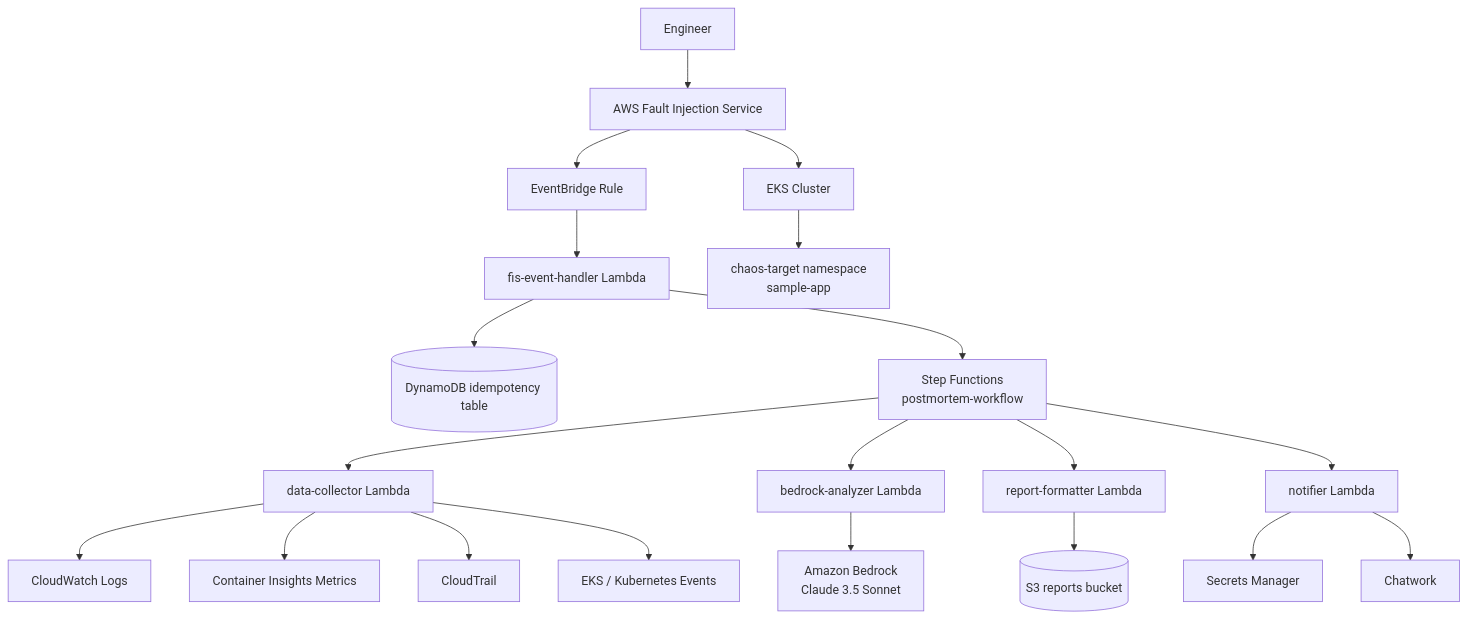
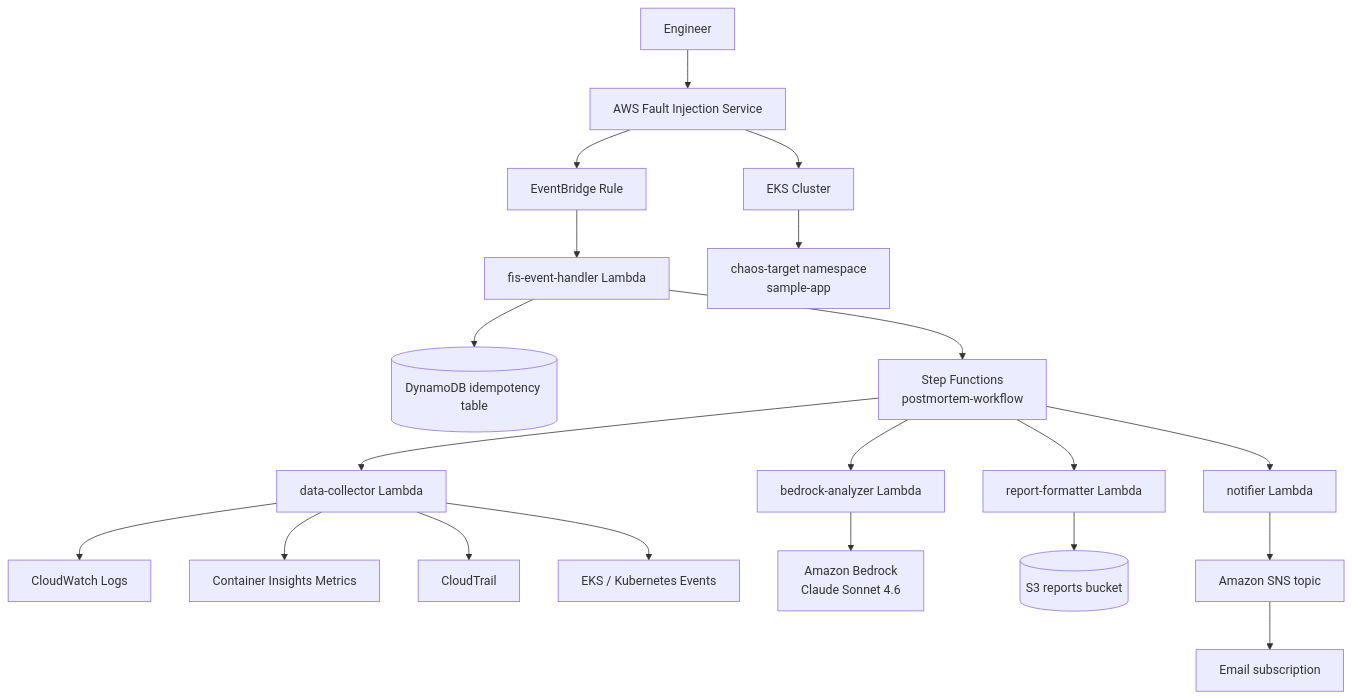
Before and after one commit to tk-21/terraform-lab: the first of 3 diagrams in eks-chaos-postmortem-generator/ARCHITECTURE.md, drawn with Mermaid. The commit also changed other lines of this file and 19 other files, not shown here.

````diff
--- a/eks-chaos-postmortem-generator/ARCHITECTURE.md
+++ b/eks-chaos-postmortem-generator/ARCHITECTURE.md
@@ -21,27 +21,27 @@
 ```mermaid
 flowchart TD
     User[Engineer] --> FIS[AWS Fault Injection Service]
     FIS --> EB[EventBridge Rule]
     EB --> ORCH[fis-event-handler Lambda]
     ORCH --> DDB[(DynamoDB idempotency table)]
     ORCH --> SFN[Step Functions<br/>postmortem-workflow]
 
     SFN --> DC[data-collector Lambda]
     DC --> CWL[CloudWatch Logs]
     DC --> CWM[Container Insights Metrics]
     DC --> CT[CloudTrail]
     DC --> EKSAPI[EKS / Kubernetes Events]
 
     SFN --> BA[bedrock-analyzer Lambda]
-    BA --> BR[Amazon Bedrock<br/>Claude 3.5 Sonnet]
+    BA --> BR[Amazon Bedrock<br/>Claude Sonnet 4.6]
 
     SFN --> RF[report-formatter Lambda]
     RF --> S3[(S3 reports bucket)]
 
     SFN --> NT[notifier Lambda]
-    NT --> SM[Secrets Manager]
-    NT --> CW[Chatwork]
+    NT --> SNS[Amazon SNS topic]
+    SNS --> SUB[Email subscription]
 
     FIS --> EKS[EKS Cluster]
     EKS --> APP[chaos-target namespace<br/>sample-app]
 ```
````
